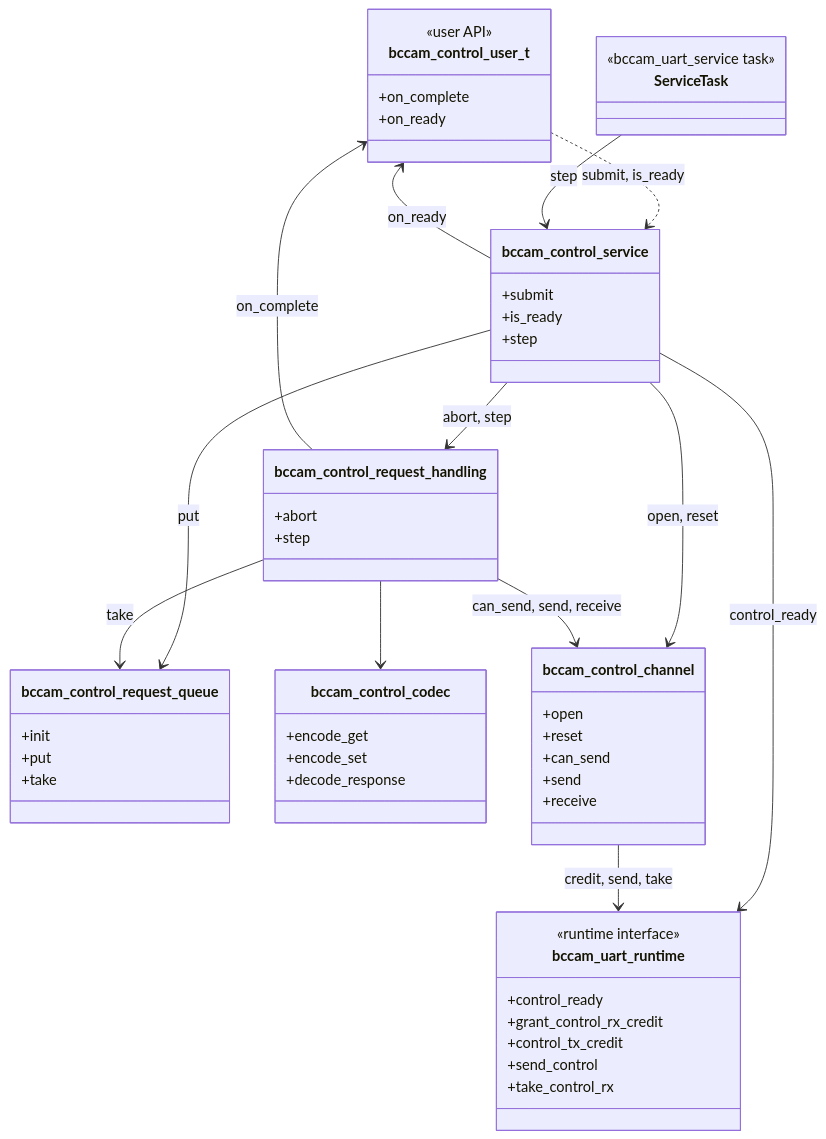
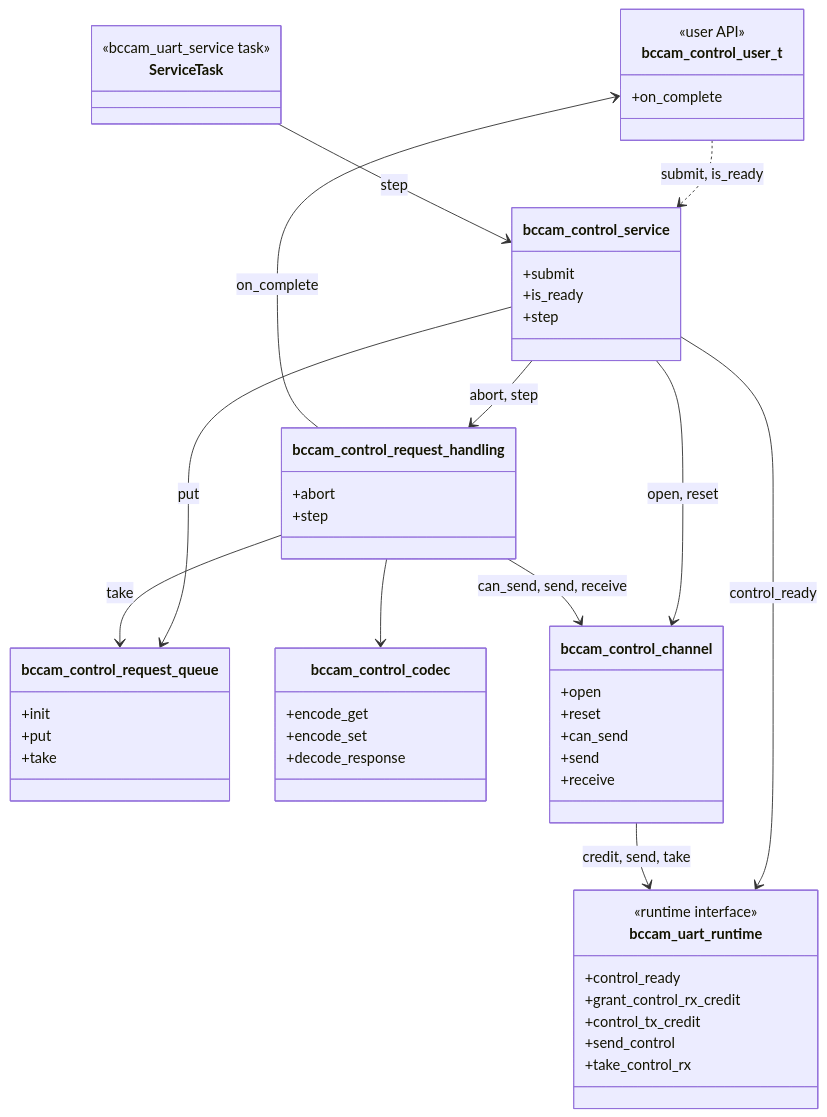
The first of 9 diagrams in docs/functional-areas/camera-deck-control.md (bitcraze/crazyflie-firmware), drawn with Mermaid before and after one commit. The commit also changed other lines of this file, not shown here.

Commit message:
Drop on_ready function

````diff
--- a/docs/functional-areas/camera-deck-control.md
+++ b/docs/functional-areas/camera-deck-control.md
@@ -137,67 +137,65 @@
 ```mermaid
 classDiagram
     direction TB
 
     class bccam_control_user_t {
         <<user API>>
         +on_complete
-        +on_ready
     }
 
     class bccam_control_service {
         +submit
         +is_ready
         +step
     }
 
     class bccam_control_request_queue {
         +init
         +put
         +take
     }
 
     class bccam_control_request_handling {
         +abort
         +step
     }
 
     class bccam_control_codec {
         +encode_get
         +encode_set
         +decode_response
     }
 
     class bccam_control_channel {
         +open
         +reset
         +can_send
         +send
         +receive
     }
 
     class bccam_uart_runtime {
         <<runtime interface>>
         +control_ready
         +grant_control_rx_credit
         +control_tx_credit
         +send_control
         +take_control_rx
     }
 
     class ServiceTask {
         <<bccam_uart_service task>>
     }
 
     bccam_control_user_t ..> bccam_control_service : submit, is_ready
     ServiceTask --> bccam_control_service : step
     bccam_control_service --> bccam_control_request_queue : put
     bccam_control_service --> bccam_uart_runtime : control_ready
     bccam_control_service --> bccam_control_channel : open, reset
     bccam_control_service --> bccam_control_request_handling : abort, step
-    bccam_control_service --> bccam_control_user_t : on_ready
     bccam_control_request_handling --> bccam_control_request_queue : take
     bccam_control_request_handling --> bccam_control_codec
     bccam_control_request_handling --> bccam_control_channel : can_send, send, receive
     bccam_control_request_handling --> bccam_control_user_t : on_complete
     bccam_control_channel --> bccam_uart_runtime : credit, send, take
 ```
````
